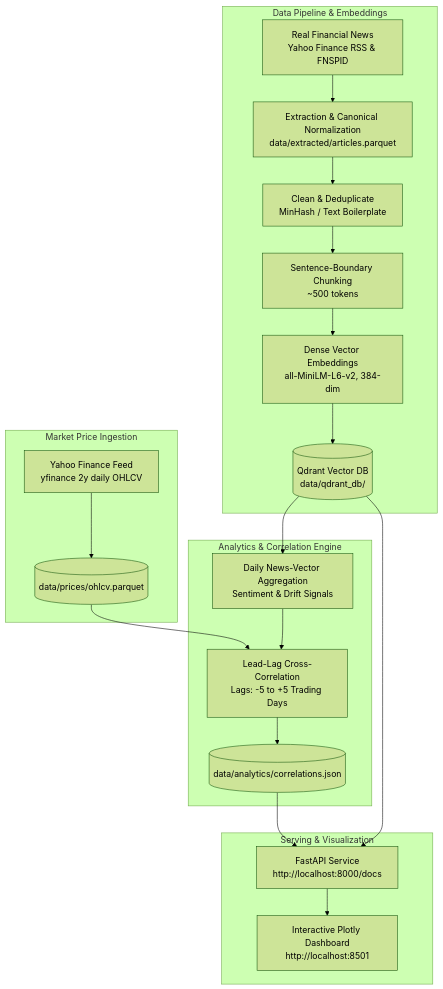
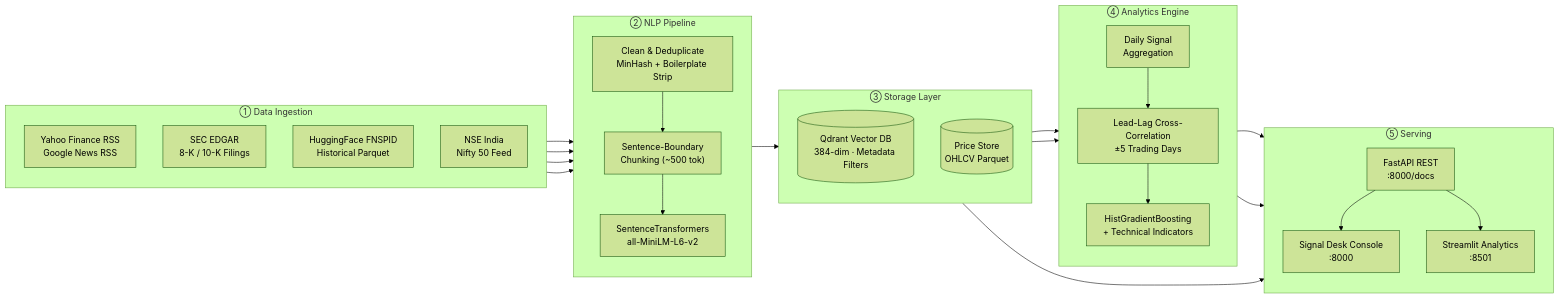
The diagram in README.md (Har-dik25/Algorithmic-Market-Sentiment-News-Vector-Correlation-Platform), drawn with Mermaid (forest theme) before and after one commit. The commit also changed other lines of this file, not shown here.

Commit message:
Enhance README with premium structure, badges, flow diagrams, and full feature documentation

````diff
--- a/README.md
+++ b/README.md
@@ -9,27 +53,51 @@
 ```mermaid
-flowchart TD
-  subgraph Data Pipeline & Embeddings
-    RAW[Real Financial News<br/>Yahoo Finance RSS & FNSPID] --> EXT[Extraction & Canonical Normalization<br/>data/extracted/articles.parquet]
-    EXT --> CLN[Clean & Deduplicate<br/>MinHash / Text Boilerplate]
-    CLN --> CHK[Sentence-Boundary Chunking<br/>~500 tokens]
-    CHK --> EMB[Dense Vector Embeddings<br/>all-MiniLM-L6-v2, 384-dim]
-    EMB --> QDR[(Qdrant Vector DB<br/>data/qdrant_db/)]
+flowchart LR
+  subgraph INGEST ["① Data Ingestion"]
+    direction TB
+    RSS["Yahoo Finance RSS<br/>Google News RSS"]
+    EDGAR["SEC EDGAR<br/>8-K / 10-K Filings"]
+    HF["HuggingFace FNSPID<br/>Historical Parquet"]
+    NSE["NSE India<br/>Nifty 50 Feed"]
   end
 
-  subgraph Market Price Ingestion
-    YF[Yahoo Finance Feed<br/>yfinance 2y daily OHLCV] --> PRC[(data/prices/ohlcv.parquet)]
+  subgraph PROCESS ["② NLP Pipeline"]
+    direction TB
+    CLN["Clean & Deduplicate<br/>MinHash + Boilerplate Strip"]
+    CHK["Sentence-Boundary<br/>Chunking (~500 tok)"]
+    EMB["SentenceTransformers<br/>all-MiniLM-L6-v2"]
   end
 
-  subgraph Analytics & Correlation Engine
-    QDR --> SIG[Daily News-Vector Aggregation<br/>Sentiment & Drift Signals]
-    PRC --> CORR[Lead-Lag Cross-Correlation<br/>Lags: -5 to +5 Trading Days]
-    SIG --> CORR
-    CORR --> OUT[(data/analytics/correlations.json)]
+  subgraph STORE ["③ Storage Layer"]
+    direction TB
+    QDR[("Qdrant Vector DB<br/>384-dim · Metadata Filters")]
+    PRC[("Price Store<br/>OHLCV Parquet")]
   end
 
-  subgraph Serving & Visualization
-    OUT --> API[FastAPI Service<br/>http://localhost:8000/docs]
-    QDR --> API
-    API --> DASH[Interactive Plotly Dashboard<br/>http://localhost:8501]
+  subgraph ANALYTICS ["④ Analytics Engine"]
+    direction TB
+    SIG["Daily Signal<br/>Aggregation"]
+    CORR["Lead-Lag Cross-Correlation<br/>±5 Trading Days"]
+    ML["HistGradientBoosting<br/>+ Technical Indicators"]
   end
+
+  subgraph SERVE ["⑤ Serving"]
+    direction TB
+    API["FastAPI REST<br/>:8000/docs"]
+    WEB["Signal Desk Console<br/>:8000"]
+    DASH["Streamlit Analytics<br/>:8501"]
+  end
+
+  RSS --> CLN
+  EDGAR --> CLN
+  HF --> CLN
+  NSE --> CLN
+  CLN --> CHK --> EMB --> QDR
+  QDR --> SIG --> CORR
+  PRC --> CORR
+  CORR --> ML
+  CORR --> API
+  ML --> API
+  QDR --> API
+  API --> WEB
+  API --> DASH
 ```
````
